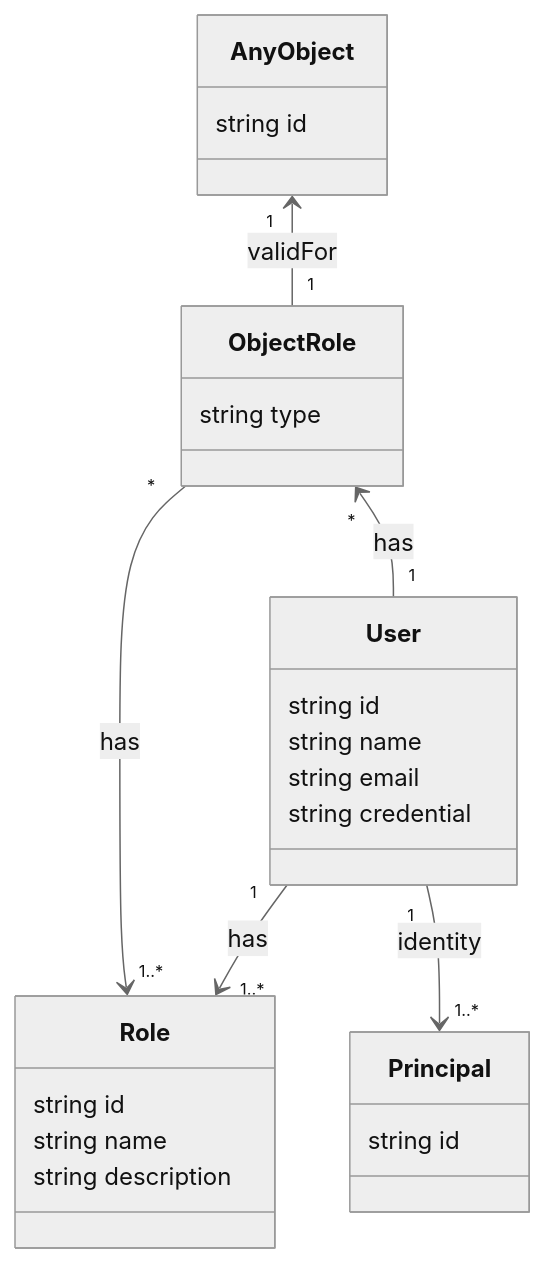
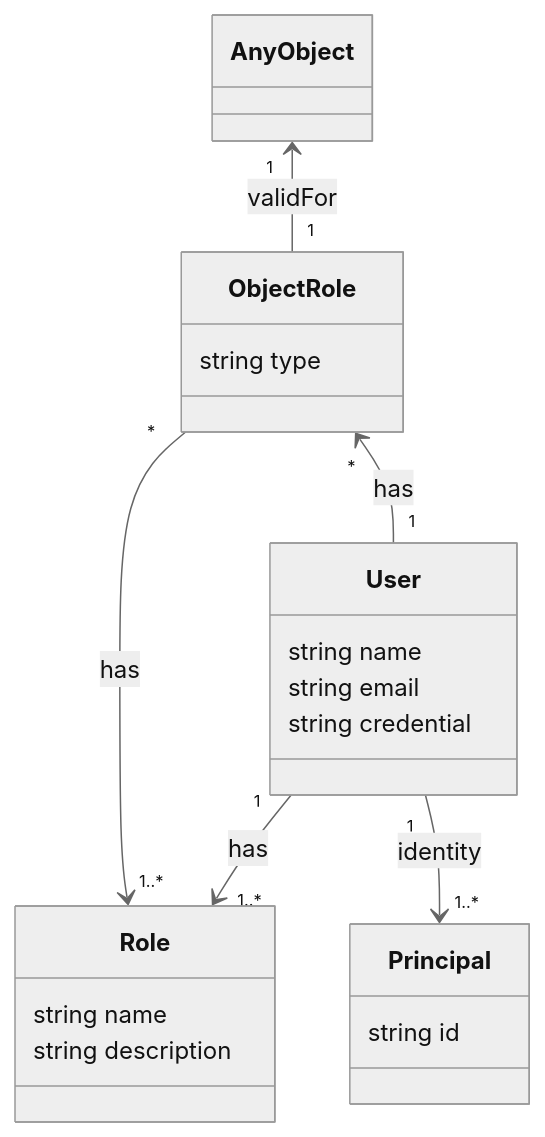
One commit to dnulnets/jjanus changed the diagram in documentation/models/users.md. Above: the diagram before and after it, drawn with Mermaid (neutral theme). The commit also changed 1 other file, not shown here.

Commit message:
More on the model

````diff
--- a/documentation/models/users.md
+++ b/documentation/models/users.md
@@ -1,28 +1,25 @@
 ```mermaid
 classDiagram
     class User {
-        string id
         string name
         string email
         string credential
     }
     class Principal {
         string id
     }
     class ObjectRole {
         string type
     }   
     class Role {
-        string id
         string name
         string description
     }
     class AnyObject {
-        string id
     }
     User "1" --> "1..*" Role : has
     User "1" --> "1..*" Principal : identity
     ObjectRole "*" --> "1..*" Role : has
     ObjectRole "*" <-- "1" User : has
     AnyObject "1" <-- "1" ObjectRole : validFor
 ```
````
